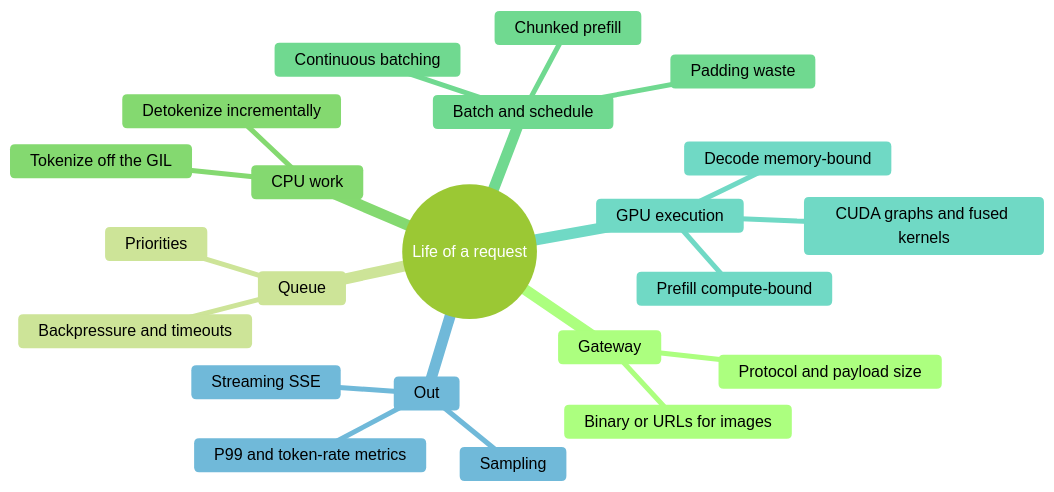
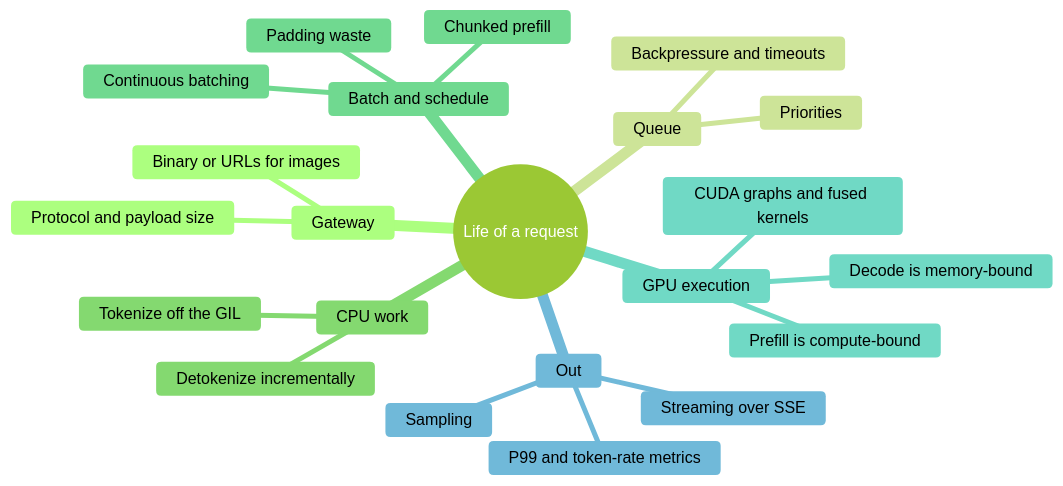
The first of 3 diagrams in src/data/blog/mlops/life-of-a-tensor-production-inference.md (gopikrishtummala/gopikrishtummala.github.io), drawn with Mermaid (forest theme) before and after one commit. The commit also changed other lines of this file, not shown here.

````diff
--- a/src/data/blog/mlops/life-of-a-tensor-production-inference.md
+++ b/src/data/blog/mlops/life-of-a-tensor-production-inference.md
@@ -69,25 +37,25 @@
 ```mermaid
 mindmap
   root((Life of a request))
     Gateway
       Protocol and payload size
       Binary or URLs for images
     Queue
       Backpressure and timeouts
       Priorities
     CPU work
       Tokenize off the GIL
       Detokenize incrementally
     Batch and schedule
       Padding waste
       Continuous batching
       Chunked prefill
     GPU execution
-      Prefill compute-bound
-      Decode memory-bound
+      Prefill is compute-bound
+      Decode is memory-bound
       CUDA graphs and fused kernels
     Out
       Sampling
-      Streaming SSE
+      Streaming over SSE
       P99 and token-rate metrics
 ```
````
